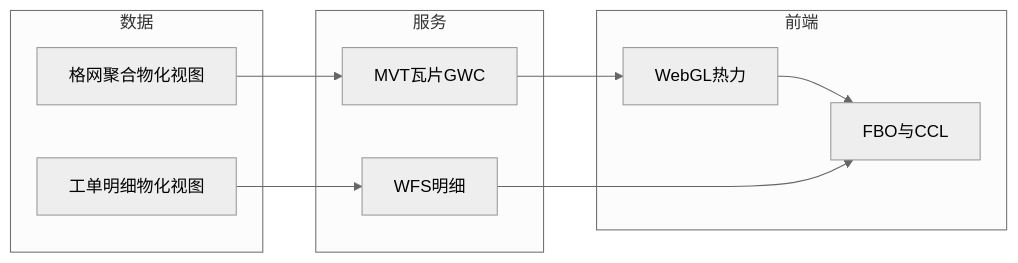
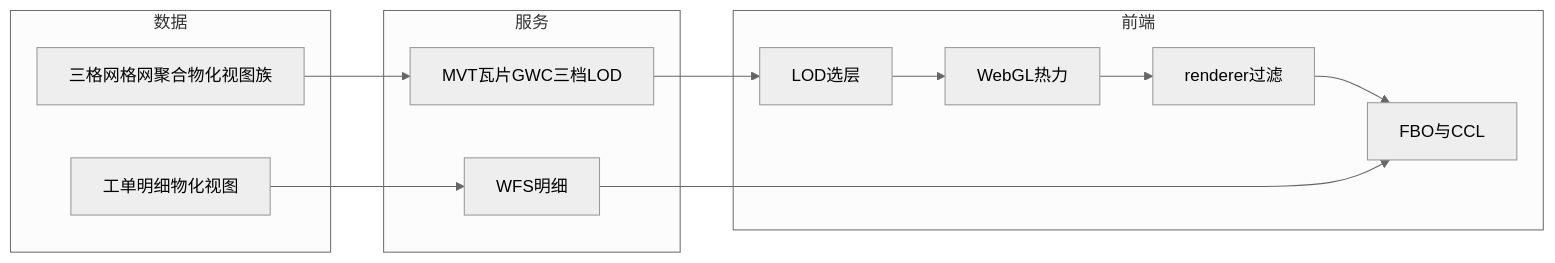
Before and after one commit to zheyi420/Dev-Wiki: the sixth of 6 diagrams in Blog/mvt-webgl_heatmap-ccl/百万级点数据：MVT + WebGL 热力渲染与 FBO 连通域热区工单统计.md, drawn with Mermaid (neutral theme). The commit also changed other lines of this file and 1 other file, not shown here.

````diff
--- a/Blog/mvt-webgl_heatmap-ccl/百万级点数据：MVT + WebGL 热力渲染与 FBO 连通域热区工单统计.md
+++ b/Blog/mvt-webgl_heatmap-ccl/百万级点数据：MVT + WebGL 热力渲染与 FBO 连通域热区工单统计.md
@@ -165,20 +202,24 @@
 ```mermaid
 flowchart LR
   subgraph data [数据]
-    gridMV[格网聚合物化视图]
+    gridMV[三格网格网聚合物化视图族]
     orderMV[工单明细物化视图]
   end
   subgraph service [服务]
-    mvt[MVT瓦片GWC]
+    mvt[MVT瓦片GWC三档LOD]
     wfs[WFS明细]
   end
   subgraph client [前端]
+    lodPick[LOD选层]
     render[WebGL热力]
+    rendererFilter[renderer过滤]
     analyze[FBO与CCL]
   end
   gridMV --> mvt
   orderMV --> wfs
-  mvt --> render
-  render --> analyze
+  mvt --> lodPick
+  lodPick --> render
+  render --> rendererFilter
+  rendererFilter --> analyze
   wfs --> analyze
 ```
````
